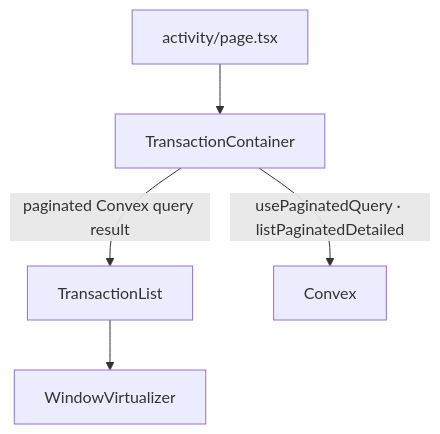
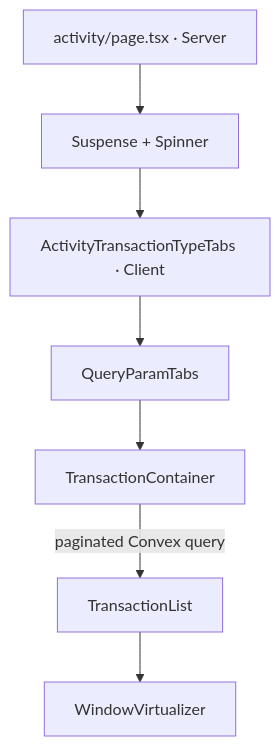
The first of 2 diagrams in src/app/activity/README.md (theKrishDas/extrack), drawn with Mermaid before and after one commit. The commit also changed other lines of this file and 7 other files, not shown here.

First line of the commit message:
refactor(query-param-tabs): reorganize module structure and move helpers/hooks into module

````diff
--- a/src/app/activity/README.md
+++ b/src/app/activity/README.md
@@ -5,13 +9,17 @@
 ```mermaid
 graph TD
-    P["activity/page.tsx"]
+    P["activity/page.tsx · Server"]
+    S["Suspense + Spinner"]
+    ATT["ActivityTransactionTypeTabs · Client"]
+    QPT["QueryParamTabs"]
     TC["TransactionContainer"]
     TL["TransactionList"]
     WV["WindowVirtualizer"]
 
-    P --> TC
-    TC -->|"paginated Convex query result"| TL
+    P --> S
+    S --> ATT
+    ATT --> QPT
+    QPT --> TC
+    TC -->|"paginated Convex query"| TL
     TL --> WV
-
-    TC -->|"usePaginatedQuery · listPaginatedDetailed"| CVX["Convex"]
 ```
````
